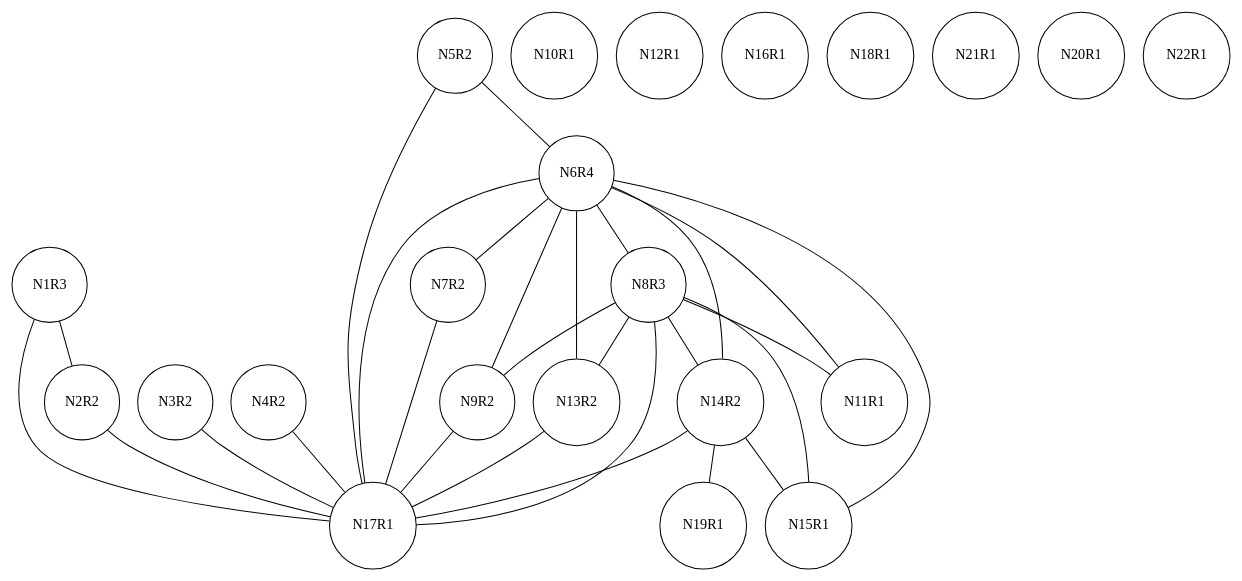
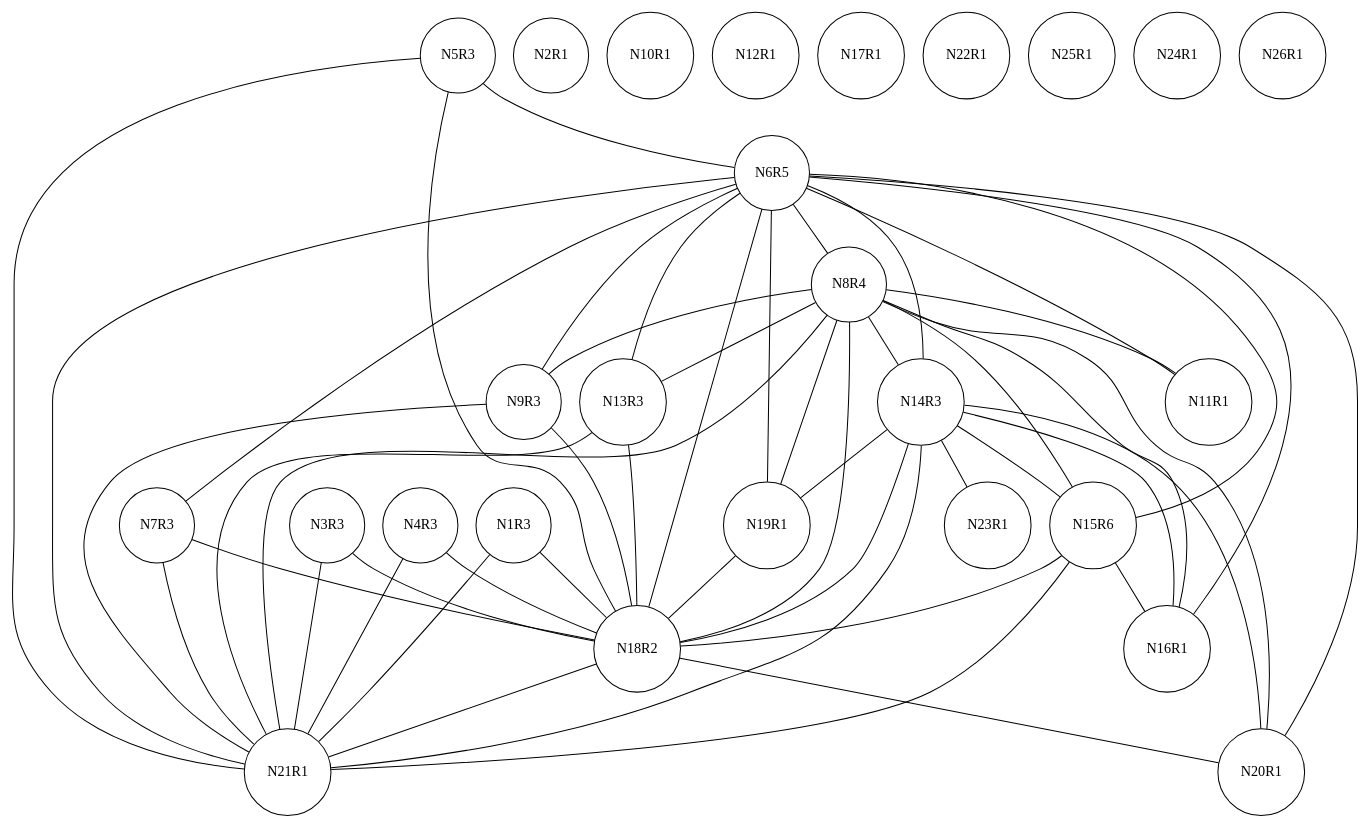
The diagram in project/caw001.txt.ig.dot (chris-wood/PL241-Compiler), drawn with Graphviz before and after one commit. The commit also changed 11 other files, not shown here.

```diff
--- a/project/caw001.txt.ig.dot
+++ b/project/caw001.txt.ig.dot
@@ -1,52 +1,79 @@
 graph ig {
     node [shape = circle];
     N1R3;
-    N2R2;
-    N3R2;
-    N4R2;
-    N5R2;
-    N6R4;
-    N7R2;
-    N8R3;
-    N9R2;
+    N2R1;
+    N3R3;
+    N4R3;
+    N5R3;
+    N6R5;
+    N7R3;
+    N8R4;
+    N9R3;
     N10R1;
     N11R1;
     N12R1;
-    N13R2;
-    N14R2;
-    N15R1;
+    N13R3;
+    N14R3;
+    N15R6;
     N17R1;
     N16R1;
     N19R1;
-    N18R1;
+    N18R2;
     N21R1;
     N20R1;
+    N23R1;
     N22R1;
-    N1R3 -- N2R2;
-    N1R3 -- N17R1;
-    N2R2 -- N17R1;
-    N3R2 -- N17R1;
-    N4R2 -- N17R1;
-    N5R2 -- N6R4;
-    N5R2 -- N17R1;
-    N6R4 -- N17R1;
-    N6R4 -- N15R1;
-    N6R4 -- N14R2;
-    N6R4 -- N11R1;
-    N6R4 -- N13R2;
-    N6R4 -- N9R2;
-    N6R4 -- N8R3;
-    N6R4 -- N7R2;
-    N7R2 -- N17R1;
-    N8R3 -- N15R1;
-    N8R3 -- N14R2;
-    N8R3 -- N11R1;
-    N8R3 -- N13R2;
-    N8R3 -- N9R2;
-    N8R3 -- N17R1;
-    N9R2 -- N17R1;
-    N13R2 -- N17R1;
-    N14R2 -- N19R1;
-    N14R2 -- N15R1;
-    N14R2 -- N17R1;
+    N25R1;
+    N24R1;
+    N26R1;
+    N1R3 -- N18R2;
+    N1R3 -- N21R1;
+    N3R3 -- N18R2;
+    N3R3 -- N21R1;
+    N4R3 -- N18R2;
+    N4R3 -- N21R1;
+    N5R3 -- N6R5;
+    N5R3 -- N18R2;
+    N5R3 -- N21R1;
+    N6R5 -- N21R1;
+    N6R5 -- N20R1;
+    N6R5 -- N19R1;
+    N6R5 -- N18R2;
+    N6R5 -- N16R1;
+    N6R5 -- N14R3;
+    N6R5 -- N8R4;
+    N6R5 -- N15R6;
+    N6R5 -- N13R3;
+    N6R5 -- N11R1;
+    N6R5 -- N9R3;
+    N6R5 -- N7R3;
+    N7R3 -- N18R2;
+    N7R3 -- N21R1;
+    N8R4 -- N14R3;
+    N8R4 -- N21R1;
+    N8R4 -- N20R1;
+    N8R4 -- N19R1;
+    N8R4 -- N18R2;
+    N8R4 -- N16R1;
+    N8R4 -- N15R6;
+    N8R4 -- N13R3;
+    N8R4 -- N11R1;
+    N8R4 -- N9R3;
+    N9R3 -- N18R2;
+    N9R3 -- N21R1;
+    N13R3 -- N18R2;
+    N13R3 -- N21R1;
+    N14R3 -- N20R1;
+    N14R3 -- N19R1;
+    N14R3 -- N18R2;
+    N14R3 -- N23R1;
+    N14R3 -- N16R1;
+    N14R3 -- N21R1;
+    N14R3 -- N15R6;
+    N15R6 -- N16R1;
+    N15R6 -- N18R2;
+    N15R6 -- N21R1;
+    N19R1 -- N18R2;
+    N18R2 -- N21R1;
+    N18R2 -- N20R1;
 }
```
